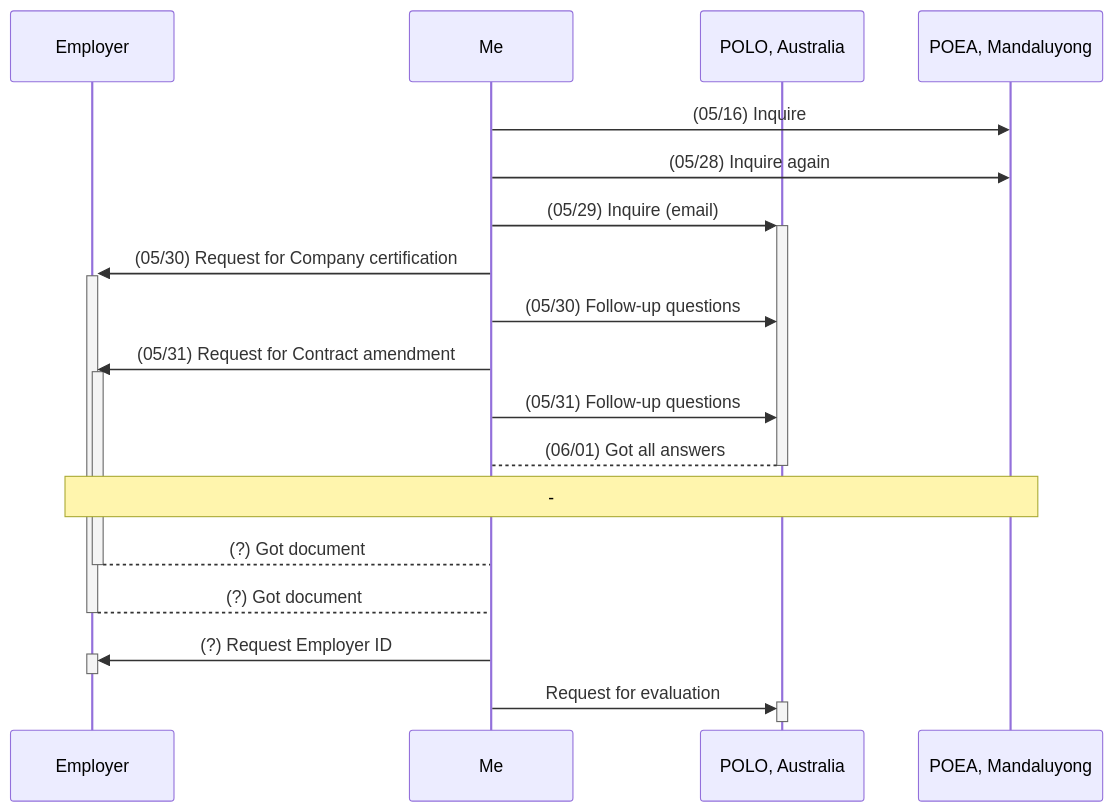
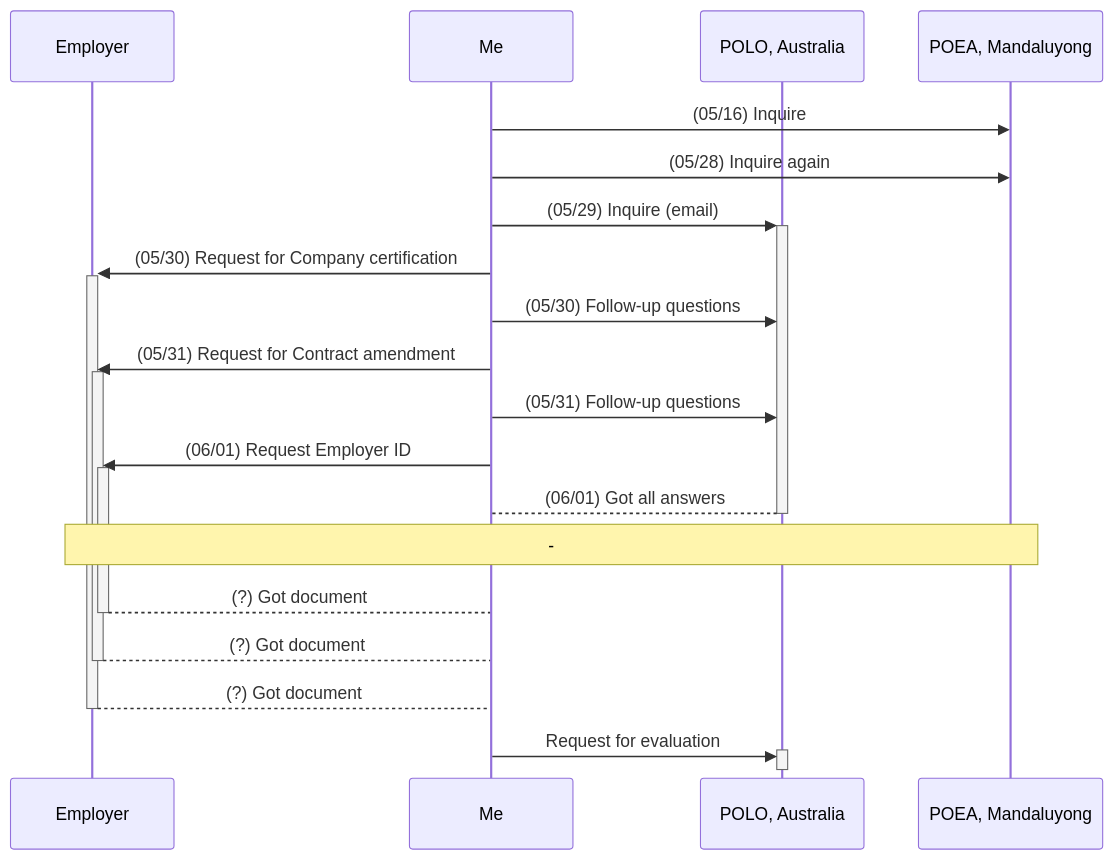
Before and after one commit to rstacruz/oec-guide: the diagram in docs/rico_timeline.md, drawn with Mermaid. The commit also changed other lines of this file and 11 other files, not shown here.

````diff
--- a/docs/rico_timeline.md
+++ b/docs/rico_timeline.md
@@ -14,26 +20,26 @@
 ```mermaid
 sequenceDiagram
 participant Employer
 participant Me
 participant POLO as POLO, Australia
 participant POEA as POEA, Mandaluyong
 
 Me->>POEA: (05/16) Inquire
 Me->>POEA: (05/28) Inquire again
 Me->>+POLO: (05/29) Inquire (email)
 Me->>+Employer: (05/30) Request for Company certification
 Me->>POLO: (05/30) Follow-up questions
 Me->>+Employer: (05/31) Request for Contract amendment
 Me->>POLO: (05/31) Follow-up questions
+Me->>+Employer: (06/01) Request Employer ID
 POLO-->-Me: (06/01) Got all answers
 
 Note over Employer,POEA: -
 
 Employer-->-Me: (?) Got document
 Employer-->-Me: (?) Got document
+Employer-->-Me: (?) Got document
 
-Me->>+Employer: (?) Request Employer ID
-deactivate Employer
 Me->>+POLO: Request for evaluation
 deactivate POLO
 ```
````
